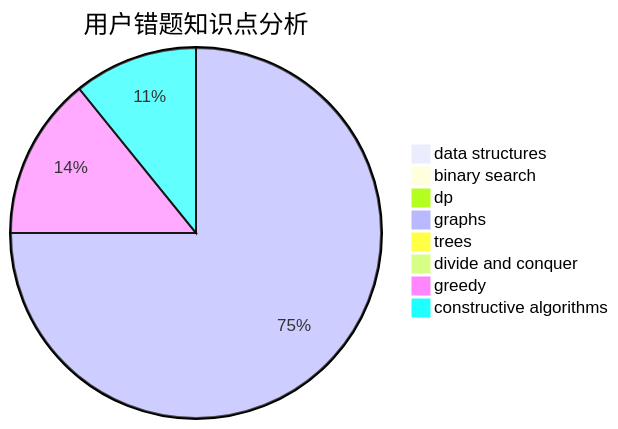
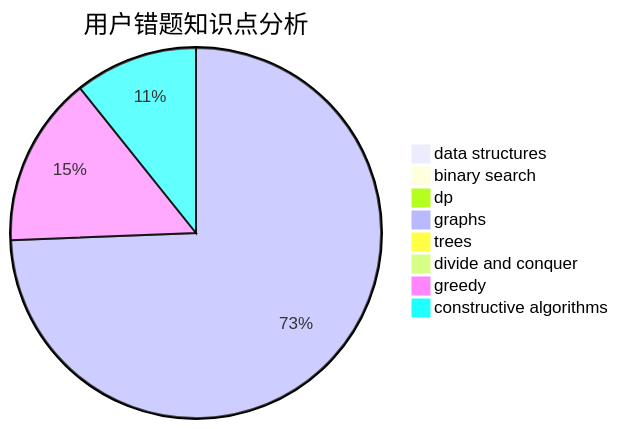
The third of 3 diagrams in docs/user/u11.md (sherpahu/cfrs.github.io), drawn with Mermaid before and after one commit. The commit also changed other lines of this file and 2770 other files, not shown here.

````diff
--- a/docs/user/u11.md
+++ b/docs/user/u11.md
@@ -36,11 +36,11 @@
 ```mermaid
 pie title 用户错题知识点分析
     "data structures" :  0
-    "binary search" :  0
-    "dp" :  0
+    "binary search" :  1
+    "dp" :  1
     "graphs" :  90
     "trees" :  0
     "divide and conquer" :  0
-    "greedy" :  17
+    "greedy" :  18
     "constructive algorithms" :  13
 ```
````
